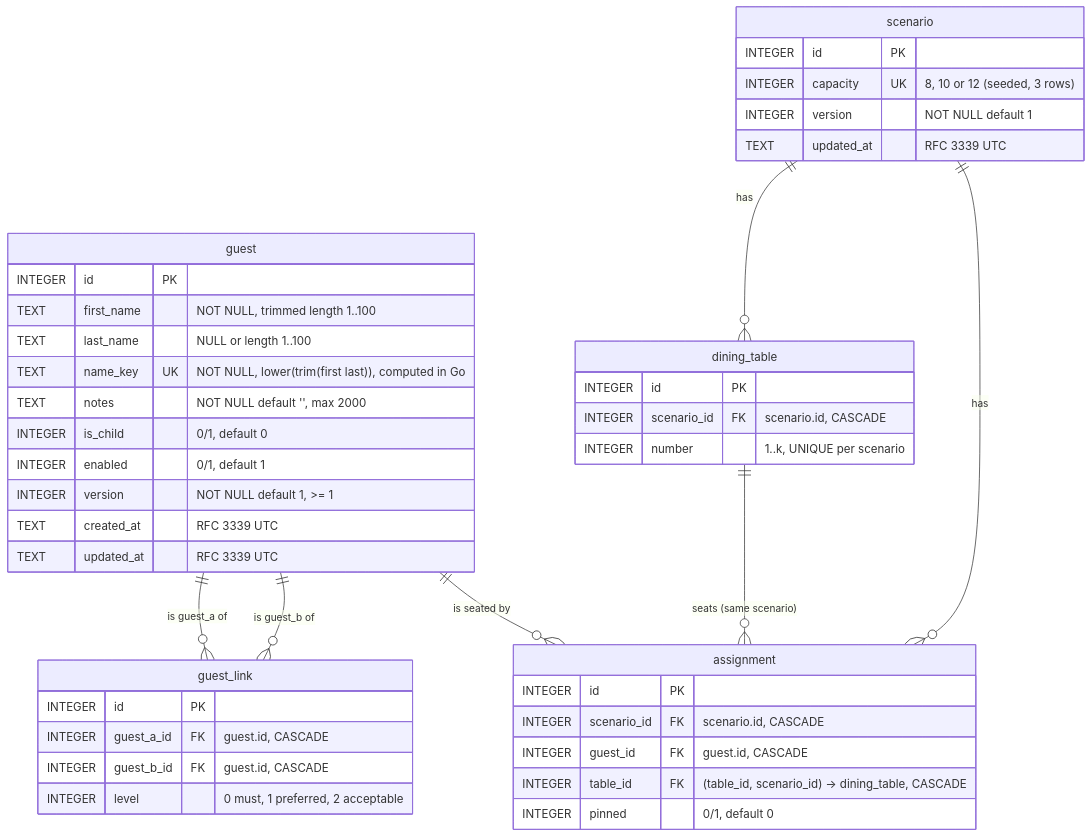
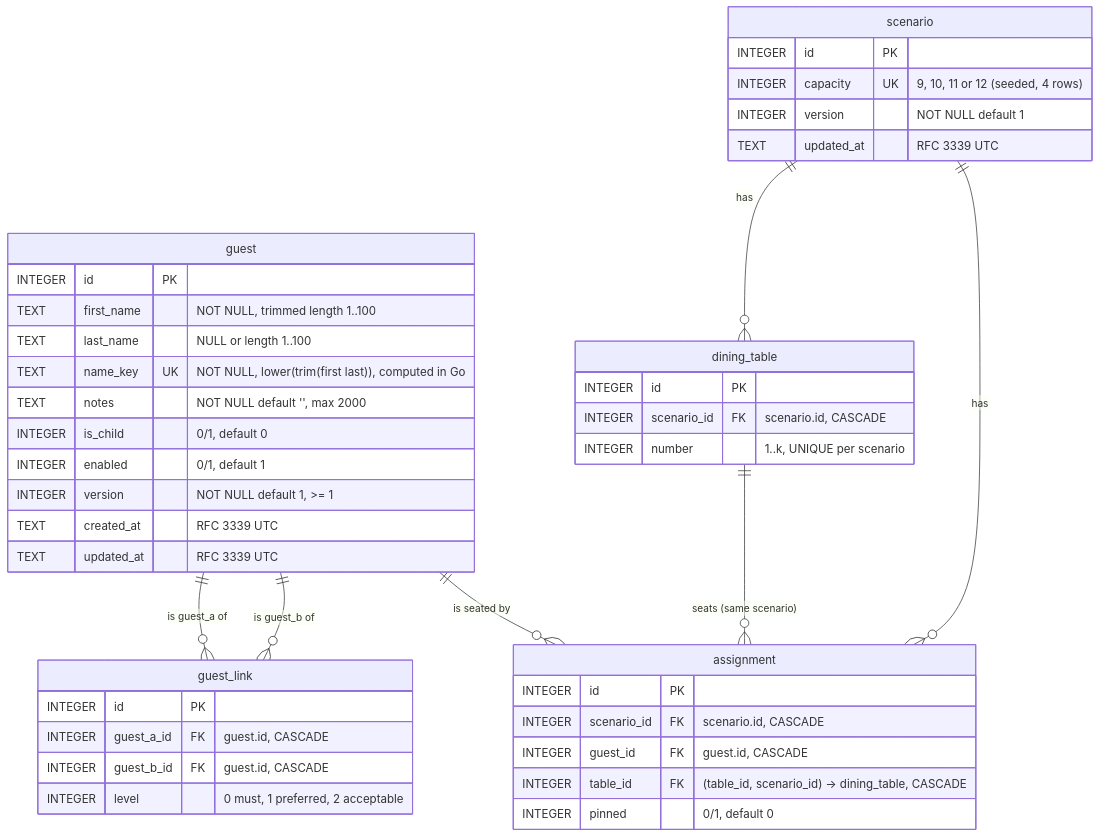
The diagram in docs/architecture/diagrams/002-erd.md (emicon123/wedding-seating-planner), drawn with Mermaid before and after one commit. The commit also changed other lines of this file and 22 other files, not shown here.

First line of the commit message:
feat(architecture): table capacities 9/10/11/12 and floor 8 (task 006, phase A)

````diff
--- a/docs/architecture/diagrams/002-erd.md
+++ b/docs/architecture/diagrams/002-erd.md
@@ -5,46 +5,46 @@
 ```mermaid
 erDiagram
     guest ||--o{ guest_link : "is guest_a of"
     guest ||--o{ guest_link : "is guest_b of"
     guest ||--o{ assignment : "is seated by"
     scenario ||--o{ dining_table : has
     scenario ||--o{ assignment : has
     dining_table ||--o{ assignment : "seats (same scenario)"
 
     guest {
         INTEGER id PK
         TEXT first_name "NOT NULL, trimmed length 1..100"
         TEXT last_name "NULL or length 1..100"
         TEXT name_key UK "NOT NULL, lower(trim(first last)), computed in Go"
         TEXT notes "NOT NULL default '', max 2000"
         INTEGER is_child "0/1, default 0"
         INTEGER enabled "0/1, default 1"
         INTEGER version "NOT NULL default 1, >= 1"
         TEXT created_at "RFC 3339 UTC"
         TEXT updated_at "RFC 3339 UTC"
     }
     guest_link {
         INTEGER id PK
         INTEGER guest_a_id FK "guest.id, CASCADE"
         INTEGER guest_b_id FK "guest.id, CASCADE"
         INTEGER level "0 must, 1 preferred, 2 acceptable"
     }
     scenario {
         INTEGER id PK
-        INTEGER capacity UK "8, 10 or 12 (seeded, 3 rows)"
+        INTEGER capacity UK "9, 10, 11 or 12 (seeded, 4 rows)"
         INTEGER version "NOT NULL default 1"
         TEXT updated_at "RFC 3339 UTC"
     }
     dining_table {
         INTEGER id PK
         INTEGER scenario_id FK "scenario.id, CASCADE"
         INTEGER number "1..k, UNIQUE per scenario"
     }
     assignment {
         INTEGER id PK
         INTEGER scenario_id FK "scenario.id, CASCADE"
         INTEGER guest_id FK "guest.id, CASCADE"
         INTEGER table_id FK "(table_id, scenario_id) -> dining_table, CASCADE"
         INTEGER pinned "0/1, default 0"
     }
 ```
````
